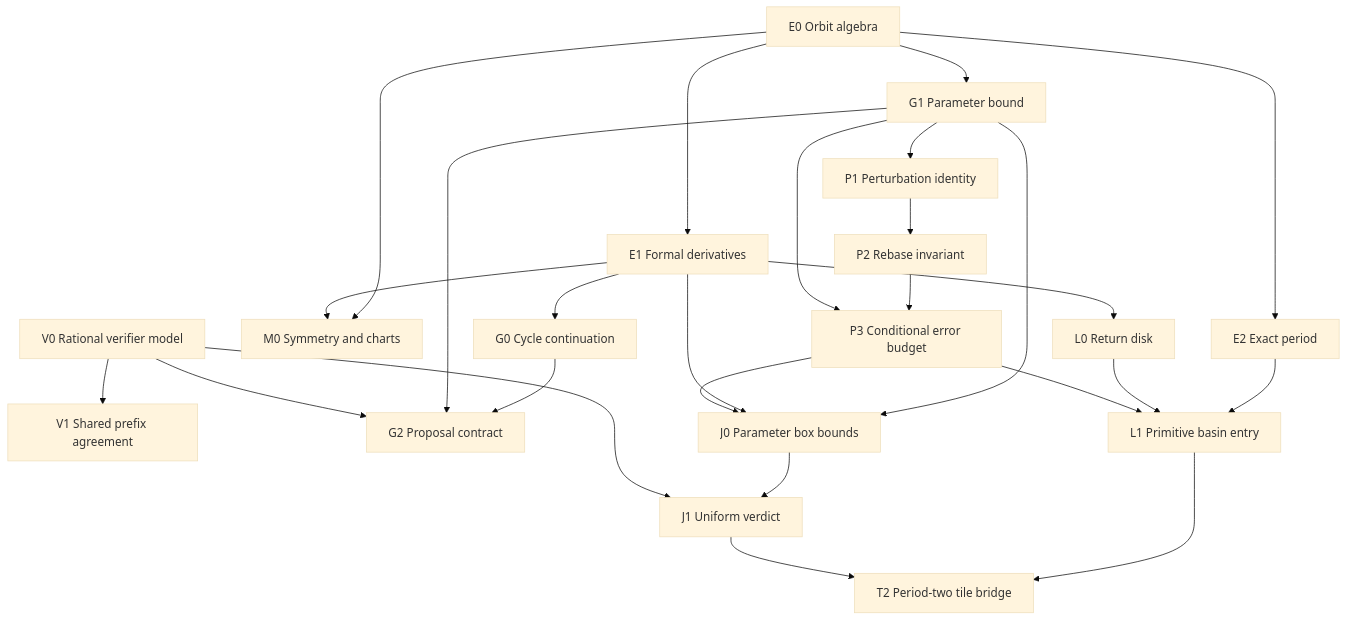
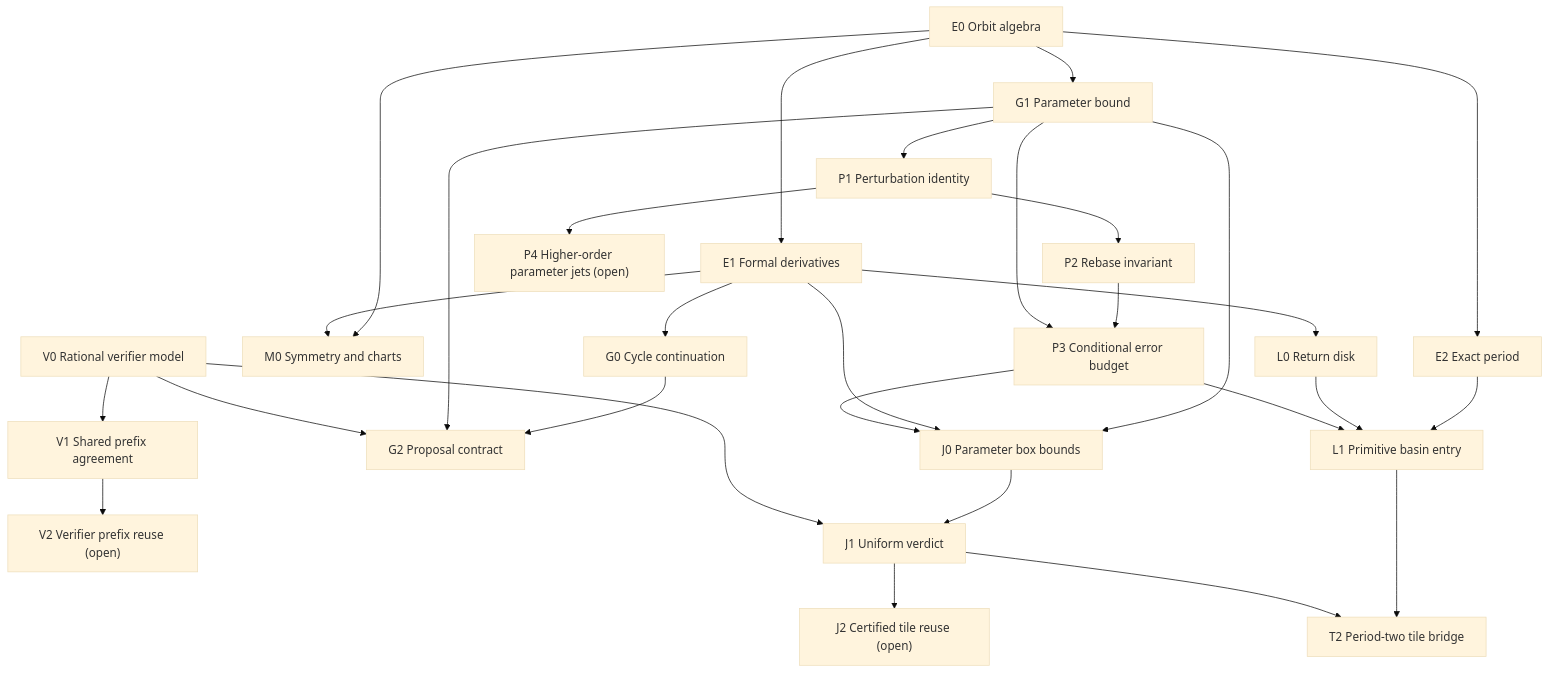
One commit to Aaron-Fine/int-M- changed the diagram in docs/verification/LEAN-PROOF-DAG.md. Above: the diagram before and after it, drawn with Mermaid (base theme). The commit also changed other lines of this file and 3 other files, not shown here.

````diff
--- a/docs/verification/LEAN-PROOF-DAG.md
+++ b/docs/verification/LEAN-PROOF-DAG.md
@@ -7,29 +7,32 @@
 ```mermaid
 flowchart TD
   E0["E0 Orbit algebra"] --> E1["E1 Formal derivatives"]
   E0 --> E2["E2 Exact period"]
   E0 --> M0["M0 Symmetry and charts"]
   E1 --> M0
   V0["V0 Rational verifier model"]
   V0 --> V1["V1 Shared prefix agreement"]
+  V1 --> V2["V2 Verifier prefix reuse (open)"]
   E1 --> G0["G0 Cycle continuation"]
   E0 --> G1["G1 Parameter bound"]
   G0 --> G2["G2 Proposal contract"]
   G1 --> G2
   V0 --> G2
   E1 --> L0["L0 Return disk"]
   E2 --> L1["L1 Primitive basin entry"]
   L0 --> L1
   G1 --> J0["J0 Parameter box bounds"]
   E1 --> J0
   J0 --> J1["J1 Uniform verdict"]
   V0 --> J1
+  J1 --> J2["J2 Certified tile reuse (open)"]
   L1 --> T2["T2 Period-two tile bridge"]
   J1 --> T2
   G1 --> P1["P1 Perturbation identity"]
   P1 --> P2["P2 Rebase invariant"]
   P2 --> P3["P3 Conditional error budget"]
   G1 --> P3
   P3 --> J0
   P3 --> L1
+  P1 --> P4["P4 Higher-order parameter jets (open)"]
 ```
````
